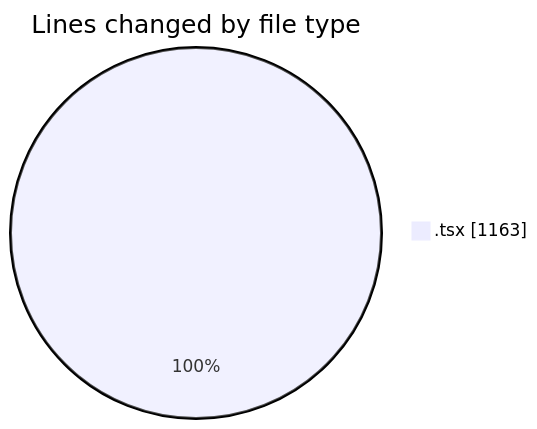
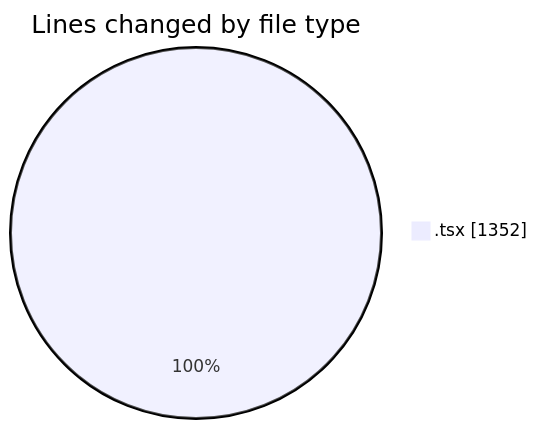
One commit to Ritupan-Deka/code-tracking changed the first of 2 diagrams in 2025-10-19/scopecraft/README.md. Above: the diagram before and after it, drawn with Mermaid. The commit also changed other lines of this file and 1 other file, not shown here.

````diff
--- a/2025-10-19/scopecraft/README.md
+++ b/2025-10-19/scopecraft/README.md
@@ -25,5 +25,5 @@
 ```mermaid
 pie showData
 title Lines changed by file type
-".tsx" : 1163
+".tsx" : 1352
 ```
````
